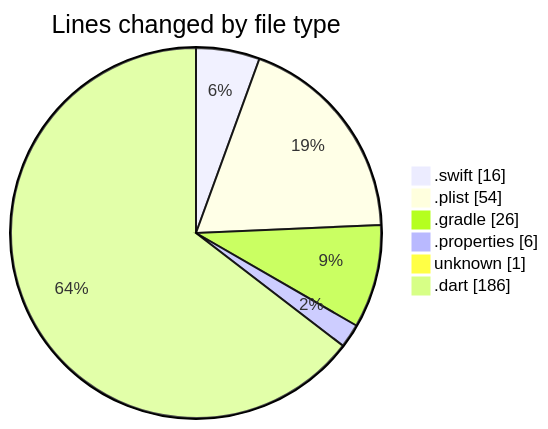
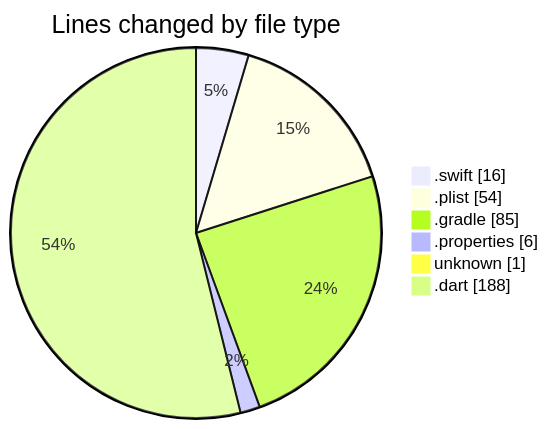
The first of 2 diagrams in 2025-01-02/maps_clone/README.md (donsfak/code-tracking), drawn with Mermaid before and after one commit. The commit also changed other lines of this file and 2 other files, not shown here.

````diff
--- a/2025-01-02/maps_clone/README.md
+++ b/2025-01-02/maps_clone/README.md
@@ -26,10 +27,10 @@
 ```mermaid
 pie showData
 title Lines changed by file type
 ".swift" : 16
 ".plist" : 54
-".gradle" : 26
+".gradle" : 85
 ".properties" : 6
 "unknown" : 1
-".dart" : 186
+".dart" : 188
 ```
````
